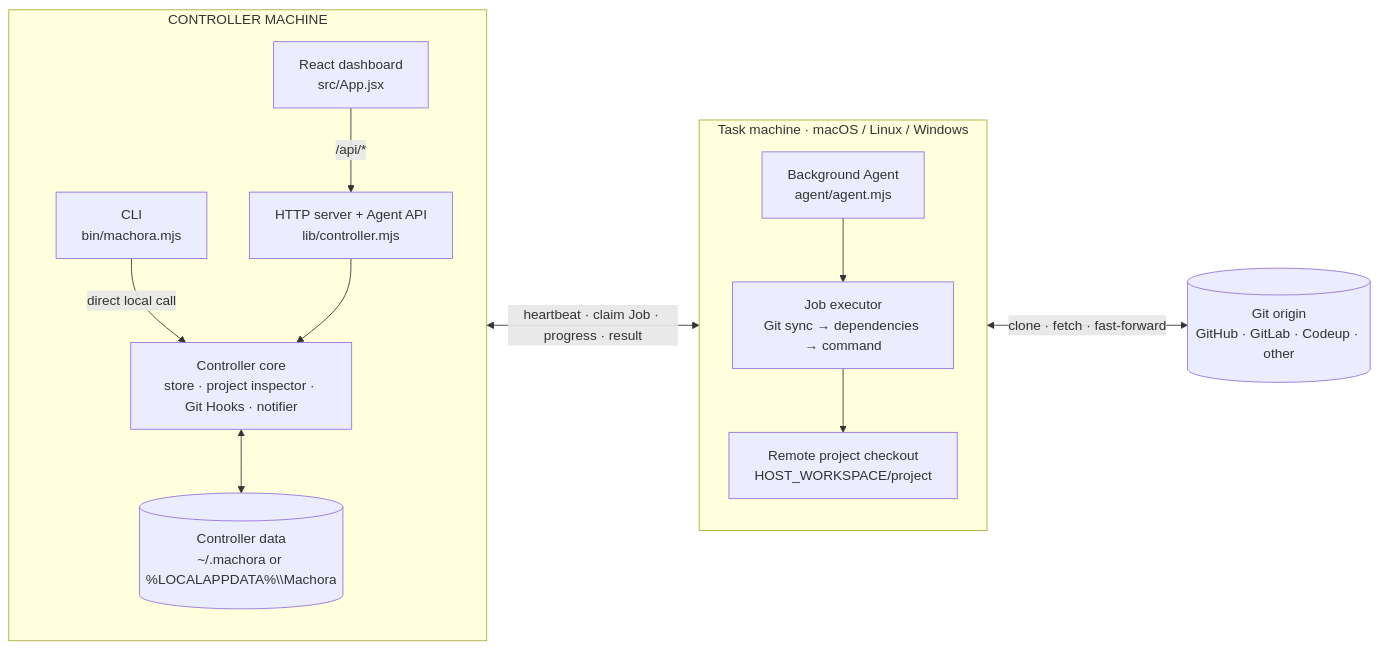
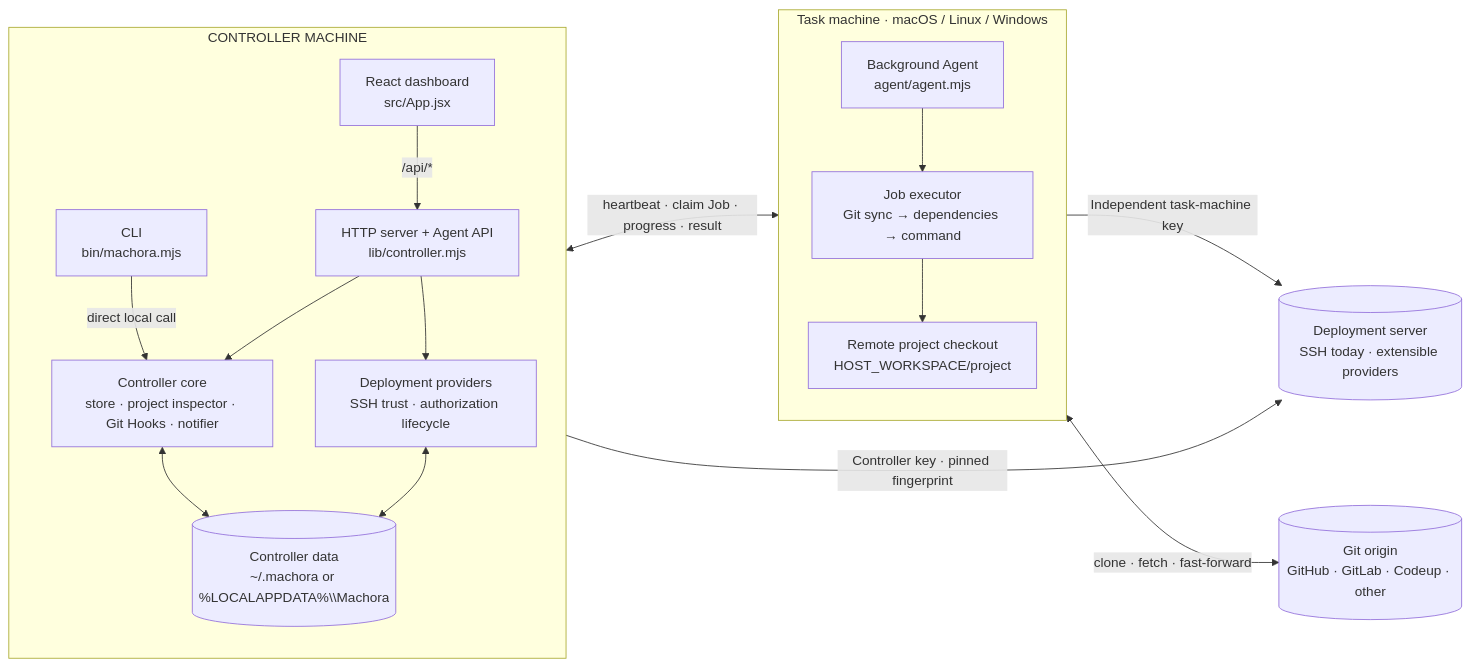
The first of 2 diagrams in README.md (jasonz1987/machora), drawn with Mermaid before and after one commit. The commit also changed other lines of this file and 27 other files, not shown here.

````diff
--- a/README.md
+++ b/README.md
@@ -77,30 +80,36 @@
 ```mermaid
 flowchart LR
     subgraph Controller["CONTROLLER MACHINE"]
         direction TB
         CLI["CLI<br/>bin/machora.mjs"]
         Dashboard["React dashboard<br/>src/App.jsx"]
         HTTP["HTTP server + Agent API<br/>lib/controller.mjs"]
         Core["Controller core<br/>store · project inspector · Git Hooks · notifier"]
+        Deployments["Deployment providers<br/>SSH trust · authorization lifecycle"]
         Config[("Controller data<br/>~/.machora or %LOCALAPPDATA%\\Machora")]
 
         CLI -->|"direct local call"| Core
         Dashboard -->|"/api/*"| HTTP
         HTTP --> Core
+        HTTP --> Deployments
         Core <--> Config
+        Deployments <--> Config
     end
 
     subgraph TaskMachine["Task machine · macOS / Linux / Windows"]
         direction TB
         Agent["Background Agent<br/>agent/agent.mjs"]
         Pipeline["Job executor<br/>Git sync → dependencies → command"]
         Workspace["Remote project checkout<br/>HOST_WORKSPACE/project"]
 
         Agent --> Pipeline --> Workspace
     end
 
     Git[("Git origin<br/>GitHub · GitLab · Codeup · other")]
+    DeployServer[("Deployment server<br/>SSH today · extensible providers")]
 
     HTTP <-->|"heartbeat · claim Job · progress · result"| Agent
     Workspace <-->|"clone · fetch · fast-forward"| Git
+    Deployments -->|"Controller key · pinned fingerprint"| DeployServer
+    Agent -->|"Independent task-machine key"| DeployServer
 ```
````
